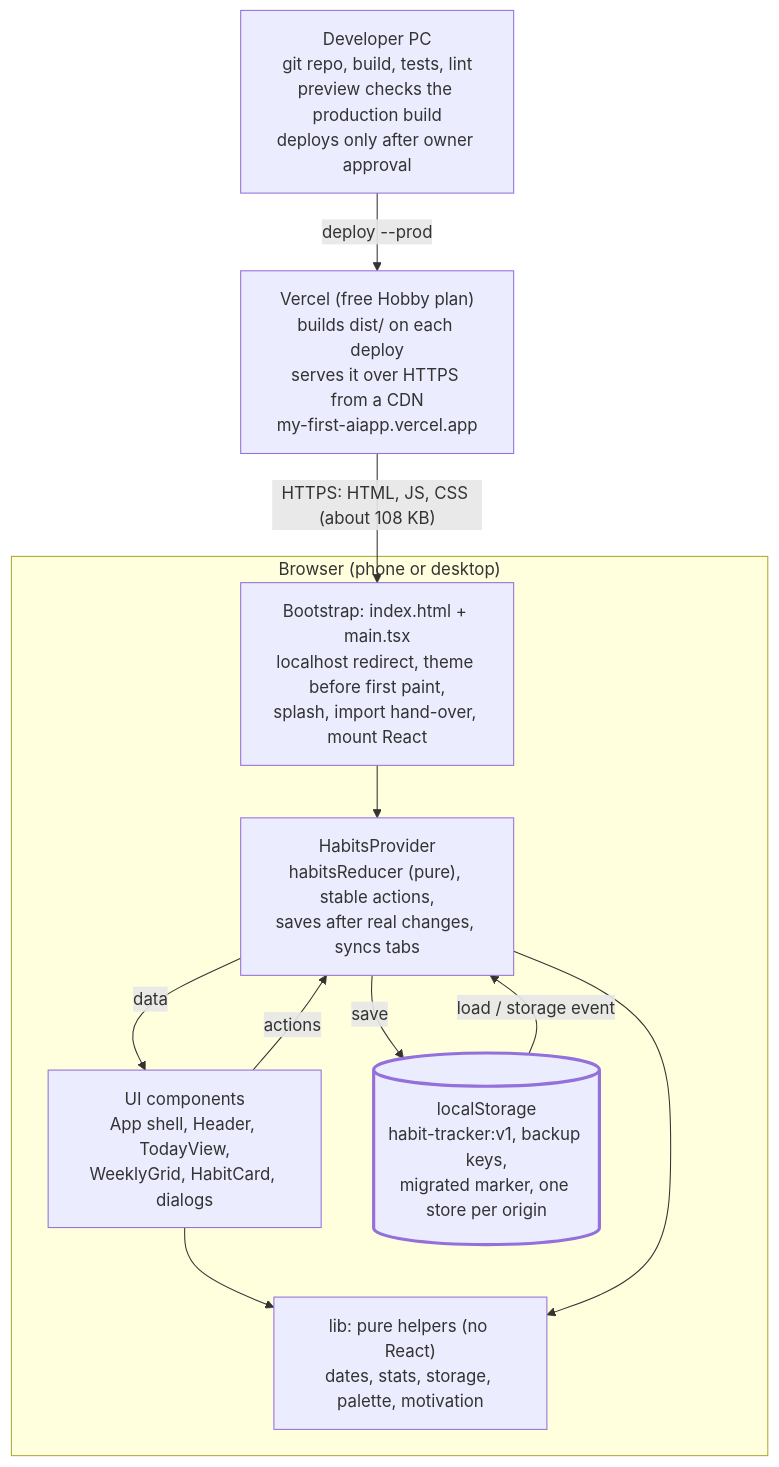
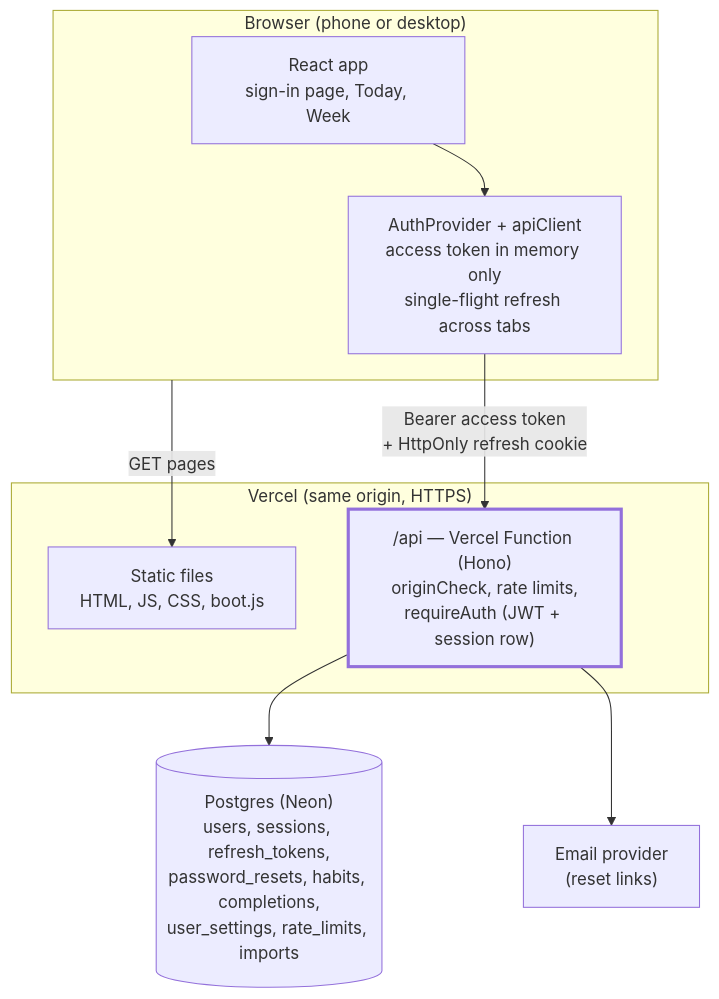
One commit to masandrakhi/my-first-aiapp changed the first of 2 diagrams in docs/DESIGN.md. Above: the diagram before and after it, drawn with Mermaid. The commit also changed other lines of this file and 75 other files, not shown here.

First line of the commit message:
Add accounts: secure authentication, per-user data and logging

````diff
--- a/docs/DESIGN.md
+++ b/docs/DESIGN.md
@@ -66,22 +66,19 @@
 ```mermaid
 flowchart TB
-  dev["Developer PC<br/>git repo, build, tests, lint<br/>preview checks the production build<br/>deploys only after owner approval"]
-  vercel["Vercel (free Hobby plan)<br/>builds dist/ on each deploy<br/>serves it over HTTPS from a CDN<br/>my-first-aiapp.vercel.app"]
-  dev -- "deploy --prod" --> vercel
   subgraph browser["Browser (phone or desktop)"]
-    boot["Bootstrap: index.html + main.tsx<br/>localhost redirect, theme before first paint,<br/>splash, import hand-over, mount React"]
-    ui["UI components<br/>App shell, Header, TodayView,<br/>WeeklyGrid, HabitCard, dialogs"]
-    prov["HabitsProvider<br/>habitsReducer (pure), stable actions,<br/>saves after real changes, syncs tabs"]
-    store[("localStorage<br/>habit-tracker:v1, backup keys,<br/>migrated marker, one store per origin")]
-    lib["lib: pure helpers (no React)<br/>dates, stats, storage, palette, motivation"]
-    boot --> prov
-    ui -- actions --> prov
-    prov -- data --> ui
-    prov -- save --> store
-    store -- "load / storage event" --> prov
-    ui --> lib
-    prov --> lib
+    ui["React app<br/>sign-in page, Today, Week"]
+    auth["AuthProvider + apiClient<br/>access token in memory only<br/>single-flight refresh across tabs"]
+    ui --> auth
   end
-  vercel -- "HTTPS: HTML, JS, CSS (about 108 KB)" --> boot
-  style store stroke-width:3px
+  subgraph vercel["Vercel (same origin, HTTPS)"]
+    static["Static files<br/>HTML, JS, CSS, boot.js"]
+    api["/api — Vercel Function (Hono)<br/>originCheck, rate limits,<br/>requireAuth (JWT + session row)"]
+  end
+  db[("Postgres (Neon)<br/>users, sessions, refresh_tokens,<br/>password_resets, habits, completions,<br/>user_settings, rate_limits, imports")]
+  mail["Email provider<br/>(reset links)"]
+  browser -- "GET pages" --> static
+  auth -- "Bearer access token<br/>+ HttpOnly refresh cookie" --> api
+  api --> db
+  api --> mail
+  style api stroke-width:3px
 ```
````
